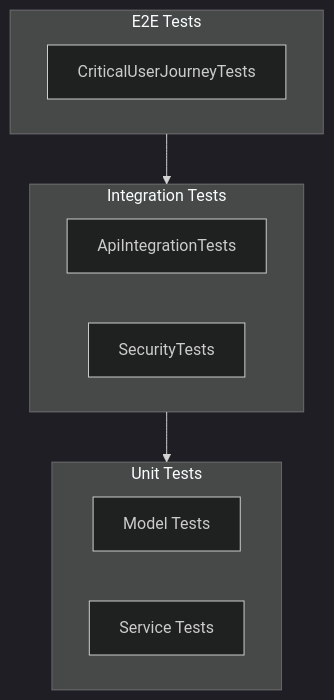
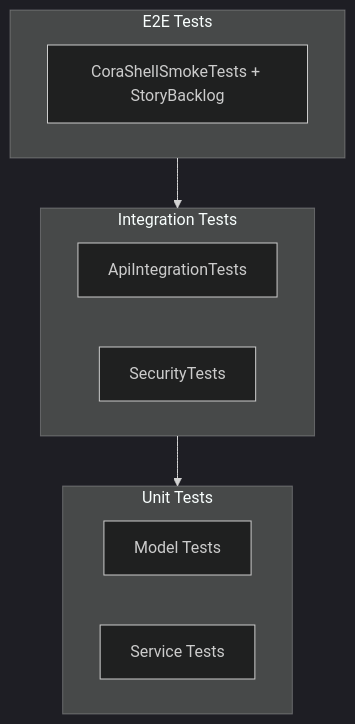
Before and after one commit to CB-st/CipherBank-App: the diagram in docs/tests/README.md, drawn with Mermaid (dark theme). The commit also changed other lines of this file and 6 other files, not shown here.

First line of the commit message:
docs(tests): close out Wave 0–1 Appium account story runner

````diff
--- a/docs/tests/README.md
+++ b/docs/tests/README.md
@@ -7,16 +7,16 @@
 ```mermaid
 flowchart TB
     subgraph e2e [E2E Tests]
-        E2E[CriticalUserJourneyTests]
+        E2E[CoraShellSmokeTests + StoryBacklog]
     end
     subgraph integration [Integration Tests]
         API[ApiIntegrationTests]
         SEC[SecurityTests]
     end
     subgraph unit [Unit Tests]
         Models[Model Tests]
         Services[Service Tests]
     end
     e2e --> integration
     integration --> unit
 ```
````
